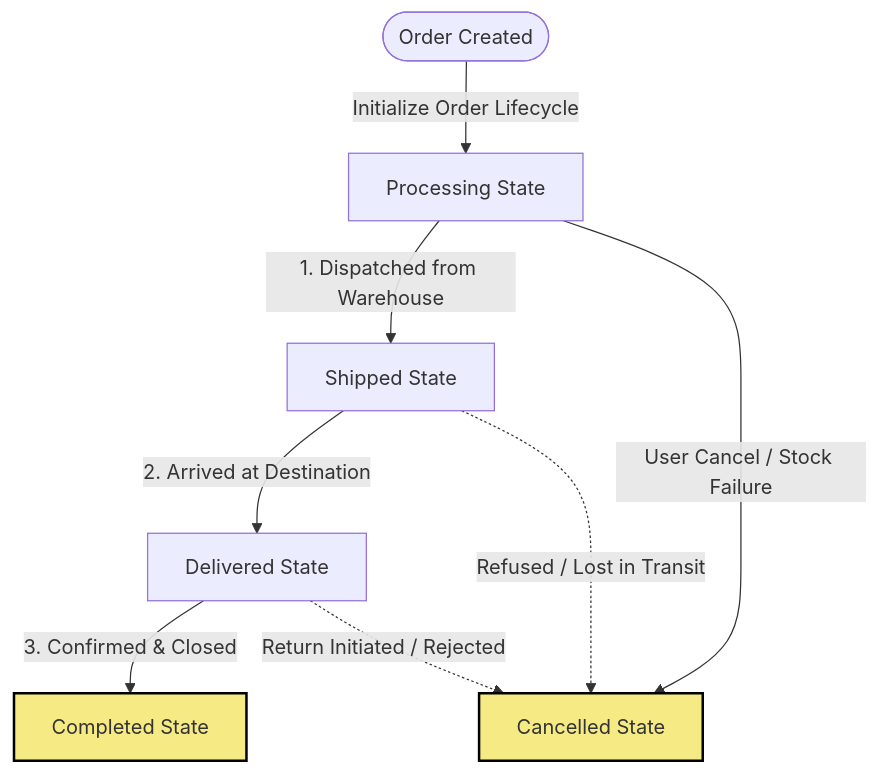
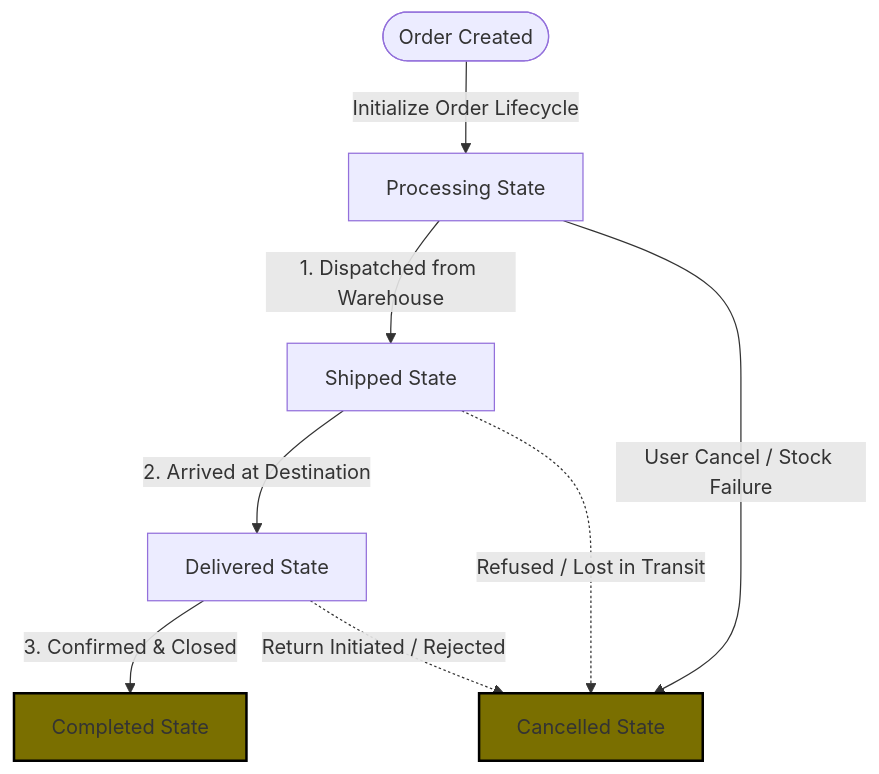
One commit to yewess97/Grace changed the fifth of 11 diagrams in docs/11-project-workflow.md. Above: the diagram before and after it, drawn with Mermaid.

````diff
--- a/docs/11-project-workflow.md
+++ b/docs/11-project-workflow.md
@@ -204,26 +204,26 @@
 ```mermaid
 flowchart TD
     %% Nodes
     Start([Order Created])
     Proc[Processing State]
     Ship[Shipped State]
     Deliv[Delivered State]
     Comp[Completed State]
     Cancel[Cancelled State]
 
     %% Main Success Path (Happy Path)
     Start -->|Initialize Order Lifecycle| Proc
     Proc -->|1. Dispatched from Warehouse| Ship
     Ship -->|2. Arrived at Destination| Deliv
     Deliv -->|3. Confirmed & Closed| Comp
 
     %% Exception Handling (Cancellation Paths)
     Proc --->|User Cancel / Stock Failure| Cancel
     Ship -.->|Refused / Lost in Transit| Cancel
     Deliv -.->|Return Initiated / Rejected| Cancel
 
     %% Terminal States Styling Context
-    classDef terminal fill:#f5ea84,stroke:#000000,stroke-width:2px;
+    classDef terminal fill:#7a6f00,stroke:#000000,stroke-width:2px;
     class Comp terminal;
     class Cancel terminal;
 ```
````
